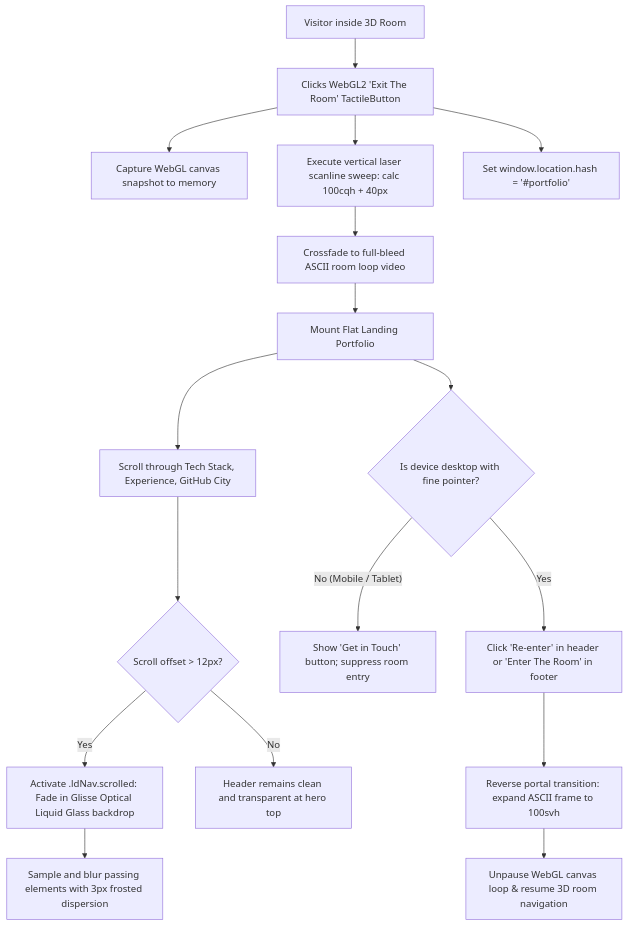
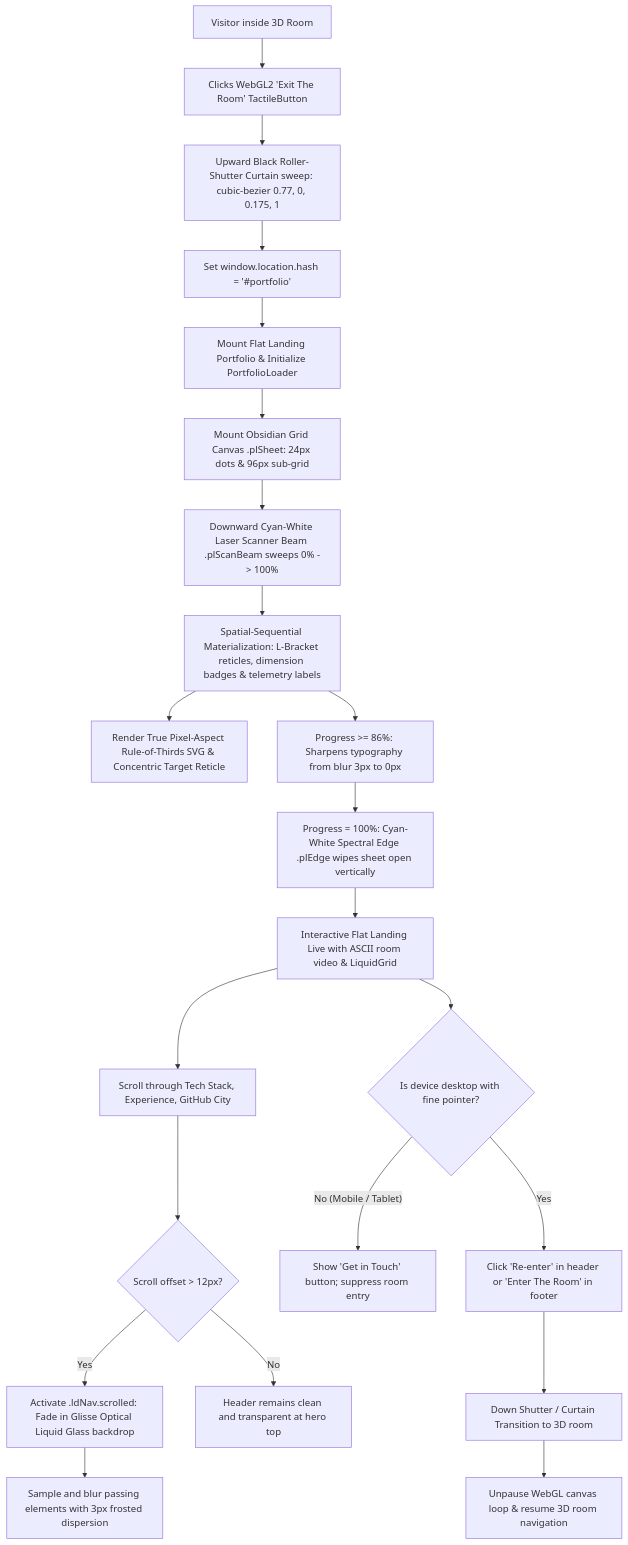
The sixth of 6 diagrams in docs/UX_FLOWS.md (AmirRghp/protfolio), drawn with Mermaid before and after one commit. The commit also changed other lines of this file and 5 other files, not shown here.

First line of the commit message:
feat: implement spatial calibration wireframe loader

````diff
--- a/docs/UX_FLOWS.md
+++ b/docs/UX_FLOWS.md
@@ -132,23 +132,28 @@
 ```mermaid
 flowchart TD
     InRoom[Visitor inside 3D Room] --> ClickExit[Clicks WebGL2 'Exit The Room' TactileButton]
-    ClickExit --> Snapshot[Capture WebGL canvas snapshot to memory]
-    ClickExit --> StartPortal[Execute vertical laser scanline sweep: calc 100cqh + 40px]
-    ClickExit --> UpdateHash[Set window.location.hash = '#portfolio']
+    ClickExit --> ShutterSweep[Upward Black Roller-Shutter Curtain sweep: cubic-bezier 0.77, 0, 0.175, 1]
+    ShutterSweep --> UpdateHash[Set window.location.hash = '#portfolio']
+    UpdateHash --> MountLanding[Mount Flat Landing Portfolio & Initialize PortfolioLoader]
     
-    StartPortal --> RevealFlat[Crossfade to full-bleed ASCII room loop video]
-    RevealFlat --> FlatLandingActive[Mount Flat Landing Portfolio]
+    MountLanding --> CalibrateSurface[Mount Obsidian Grid Canvas .plSheet: 24px dots & 96px sub-grid]
+    CalibrateSurface --> ScanLaser[Downward Cyan-White Laser Scanner Beam .plScanBeam sweeps 0% -> 100%]
+    ScanLaser --> BoxMaterialize[Spatial-Sequential Materialization: L-Bracket reticles, dimension badges & telemetry labels]
+    BoxMaterialize --> BannerHUD[Render True Pixel-Aspect Rule-of-Thirds SVG & Concentric Target Reticle]
+    BoxMaterialize --> TextLock[Progress >= 86%: Sharpens typography from blur 3px to 0px]
+    TextLock --> SpectralWipe[Progress = 100%: Cyan-White Spectral Edge .plEdge wipes sheet open vertically]
     
+    SpectralWipe --> FlatLandingActive[Interactive Flat Landing Live with ASCII room video & LiquidGrid]
     FlatLandingActive --> ScrollExplore[Scroll through Tech Stack, Experience, GitHub City]
     
     ScrollExplore --> ScrollThreshold{Scroll offset > 12px?}
     ScrollThreshold -- Yes --> ScrolledNav[Activate .ldNav.scrolled: Fade in Glisse Optical Liquid Glass backdrop]
     ScrolledNav --> OpticRefraction[Sample and blur passing elements with 3px frosted dispersion]
     ScrollThreshold -- No --> TransparentNav[Header remains clean and transparent at hero top]
     
     FlatLandingActive --> CheckReenterDevice{Is device desktop with fine pointer?}
     CheckReenterDevice -- No (Mobile / Tablet) --> MobileNav[Show 'Get in Touch' button; suppress room entry]
     CheckReenterDevice -- Yes --> ClickReenter[Click 'Re-enter' in header or 'Enter The Room' in footer]
-    ClickReenter --> ExpandVideo[Reverse portal transition: expand ASCII frame to 100svh]
-    ExpandVideo --> RestoreRoom[Unpause WebGL canvas loop & resume 3D room navigation]
+    ClickReenter --> ShutterDown[Down Shutter / Curtain Transition to 3D room]
+    ShutterDown --> RestoreRoom[Unpause WebGL canvas loop & resume 3D room navigation]
 ```
````
